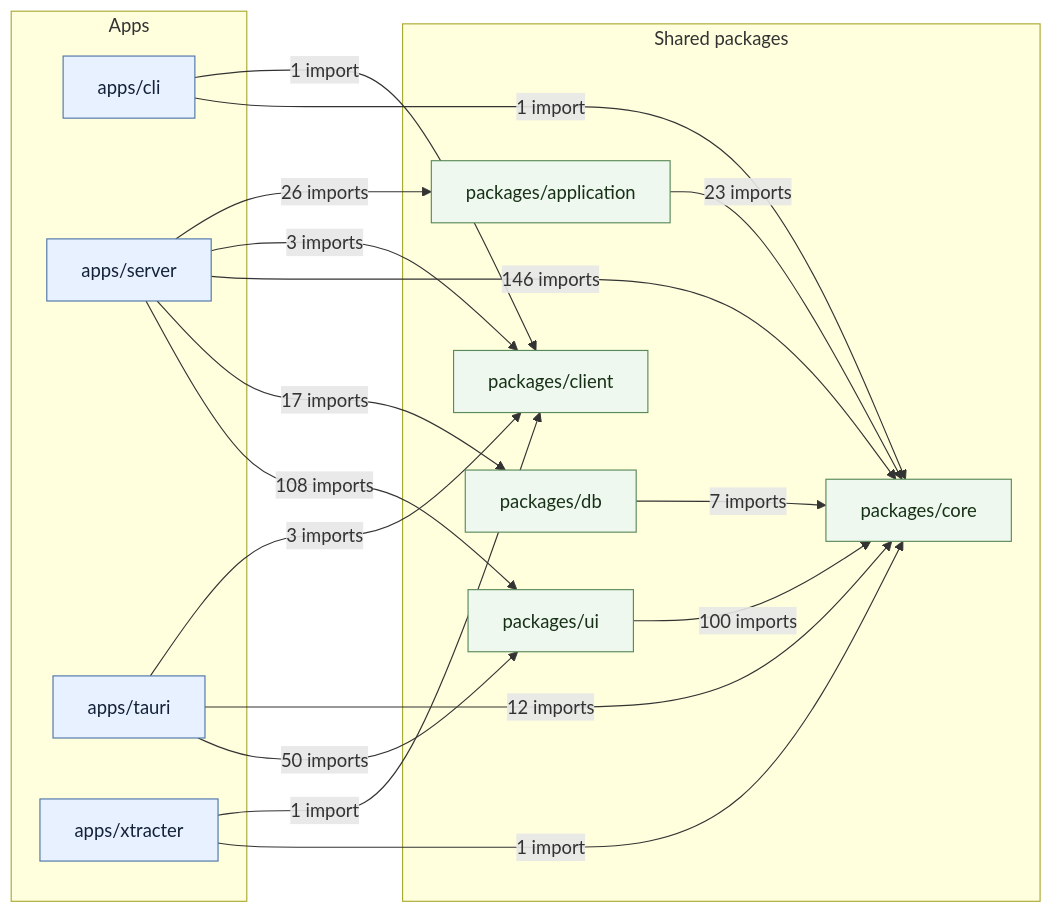
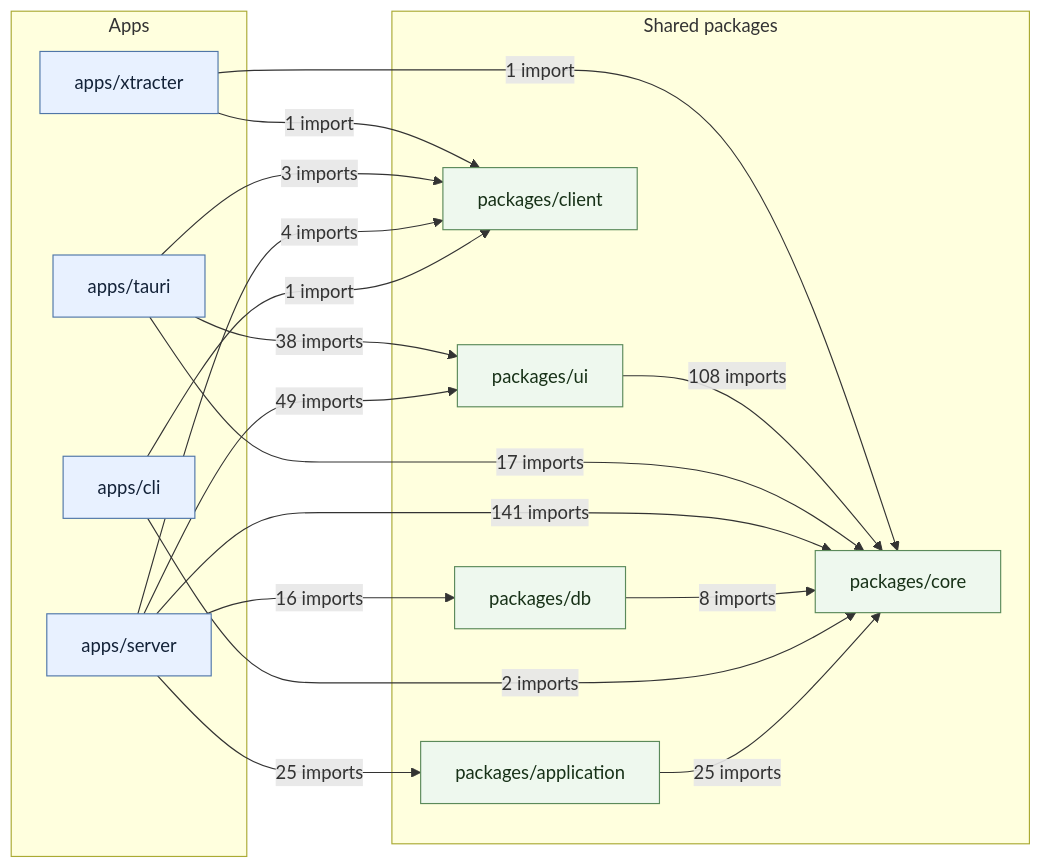
One commit to hmjn023/solid-imager changed the diagram in docs/architecture/package-dependency-graph.md. Above: the diagram before and after it, drawn with Mermaid. The commit also changed 137 other files, not shown here.

````diff
--- a/docs/architecture/package-dependency-graph.md
+++ b/docs/architecture/package-dependency-graph.md
@@ -5,46 +5,42 @@
 ```mermaid
 flowchart LR
   %% Aggregated from indexion's source dependency graph.
   %% Scope: apps/{cli,server,tauri,xtracter}/src and packages/{application,client,core,db,ui}/src.
   %% Edge labels are the number of import edges detected by indexion.
 
   subgraph apps["Apps"]
     cli["apps/cli"]
     server["apps/server"]
     tauri["apps/tauri"]
     xtracter["apps/xtracter"]
   end
 
   subgraph packages["Shared packages"]
     application["packages/application"]
     client["packages/client"]
     core["packages/core"]
     db["packages/db"]
     ui["packages/ui"]
   end
 
+  application -->|25 imports| core
   cli -->|1 import| client
-  cli -->|1 import| core
-
-  server -->|26 imports| application
-  server -->|3 imports| client
-  server -->|146 imports| core
-  server -->|17 imports| db
-  server -->|108 imports| ui
-
+  cli -->|2 imports| core
+  db -->|8 imports| core
+  server -->|25 imports| application
+  server -->|4 imports| client
+  server -->|141 imports| core
+  server -->|16 imports| db
+  server -->|49 imports| ui
   tauri -->|3 imports| client
-  tauri -->|12 imports| core
-  tauri -->|50 imports| ui
-
+  tauri -->|17 imports| core
+  tauri -->|38 imports| ui
+  ui -->|108 imports| core
   xtracter -->|1 import| client
   xtracter -->|1 import| core
-
-  application -->|23 imports| core
-  db -->|7 imports| core
-  ui -->|100 imports| core
 
   classDef app fill:#e8f1ff,stroke:#4f76a8,color:#132238;
   classDef pkg fill:#eef8ee,stroke:#5b8a5a,color:#173117;
   class cli,server,tauri,xtracter app;
   class application,client,core,db,ui pkg;
 ```
````
